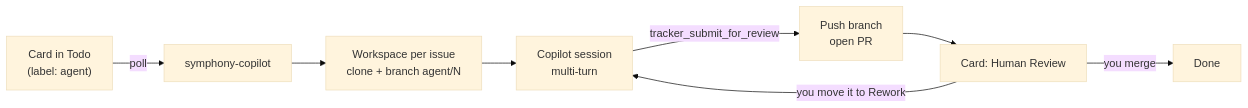
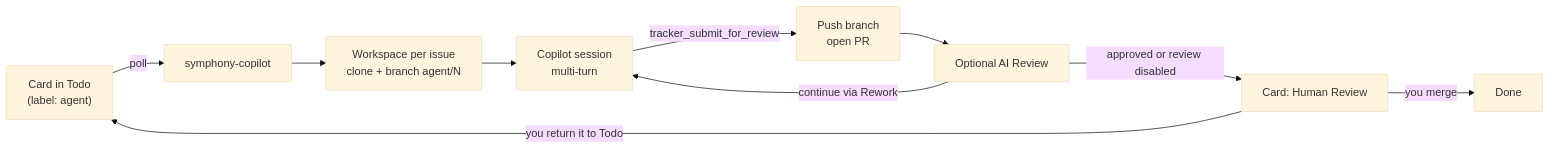
One commit to a7744hsc/symphony-copilot changed the diagram in README.md. Above: the diagram before and after it, drawn with Mermaid (base theme). The commit also changed other lines of this file and 40 other files, not shown here.

````diff
--- a/README.md
+++ b/README.md
@@ -25,10 +25,12 @@
 ```mermaid
 flowchart LR
   A["Card in Todo<br/>(label: agent)"] -->|poll| B[symphony-copilot]
   B --> C["Workspace per issue<br/>clone + branch agent/N"]
   C --> D["Copilot session<br/>multi-turn"]
   D -->|tracker_submit_for_review| E["Push branch<br/>open PR"]
-  E --> F[Card: Human Review]
+  E --> R[Optional AI Review]
+  R -->|approved or review disabled| F[Card: Human Review]
+  R -->|continue via Rework| D
   F -->|you merge| G[Done]
-  F -->|you move it to Rework| D
+  F -->|you return it to Todo| A
 ```
````
